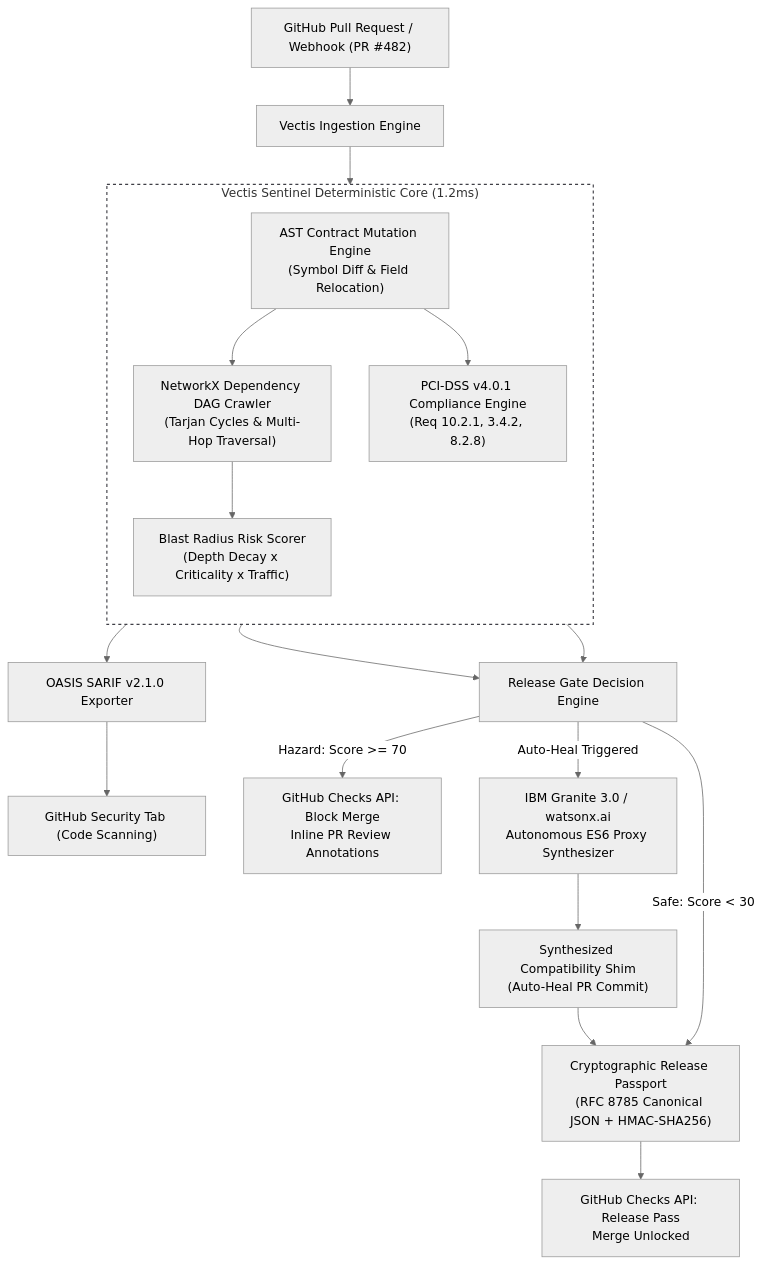
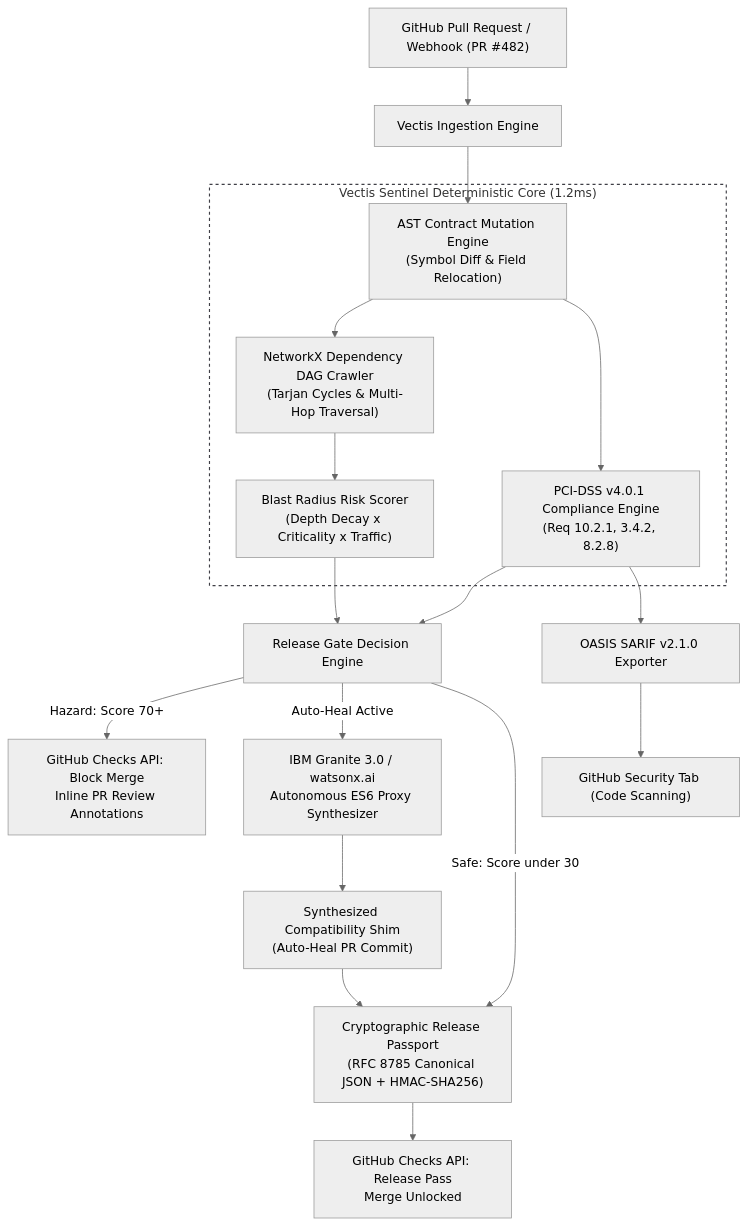
The diagram in README.md (swakarsa/vectis), drawn with Mermaid (neutral theme) before and after one commit.

Commit message:
docs(readme): fix Mermaid diagram syntax to prevent GitHub dagre layout distance calculation error

````diff
--- a/README.md
+++ b/README.md
@@ -67,33 +67,32 @@
 ```mermaid
 flowchart TD
     PR["GitHub Pull Request / Webhook (PR #482)"] --> INGEST["Vectis Ingestion Engine"]
 
     subgraph CoreEngine ["Vectis Sentinel Deterministic Core (1.2ms)"]
-        direction TB
         AST["AST Contract Mutation Engine<br/>(Symbol Diff & Field Relocation)"]
         DAG["NetworkX Dependency DAG Crawler<br/>(Tarjan Cycles & Multi-Hop Traversal)"]
         SCORER["Blast Radius Risk Scorer<br/>(Depth Decay x Criticality x Traffic)"]
         PCI["PCI-DSS v4.0.1 Compliance Engine<br/>(Req 10.2.1, 3.4.2, 8.2.8)"]
 
         AST --> DAG
         DAG --> SCORER
         AST --> PCI
     end
 
     INGEST --> AST
     SCORER --> EVAL["Release Gate Decision Engine"]
     PCI --> EVAL
     PCI --> SARIF["OASIS SARIF v2.1.0 Exporter"]
     SARIF --> GH_SEC["GitHub Security Tab (Code Scanning)"]
 
-    EVAL -->|Hazard: Score >= 70| BLOCK["GitHub Checks API: Block Merge<br/>Inline PR Review Annotations"]
-    EVAL -->|Auto-Heal Triggered| HEAL["IBM Granite 3.0 / watsonx.ai<br/>Autonomous ES6 Proxy Synthesizer"]
+    EVAL -->|"Hazard: Score 70+"| BLOCK["GitHub Checks API: Block Merge<br/>Inline PR Review Annotations"]
+    EVAL -->|"Auto-Heal Active"| HEAL["IBM Granite 3.0 / watsonx.ai<br/>Autonomous ES6 Proxy Synthesizer"]
 
     HEAL --> SHIM["Synthesized Compatibility Shim<br/>(Auto-Heal PR Commit)"]
     SHIM --> PASSPORT["Cryptographic Release Passport<br/>(RFC 8785 Canonical JSON + HMAC-SHA256)"]
 
-    EVAL -->|Safe: Score < 30| PASSPORT
+    EVAL -->|"Safe: Score under 30"| PASSPORT
     PASSPORT --> UNLOCK["GitHub Checks API: Release Pass<br/>Merge Unlocked"]
 
-    style CoreEngine fill:none,stroke:#3f3f46,stroke-width:1.5px,stroke-dasharray: 4 4
+    style CoreEngine fill:none,stroke:#3f3f46,stroke-width:1.5px,stroke-dasharray:4
 ```
````
